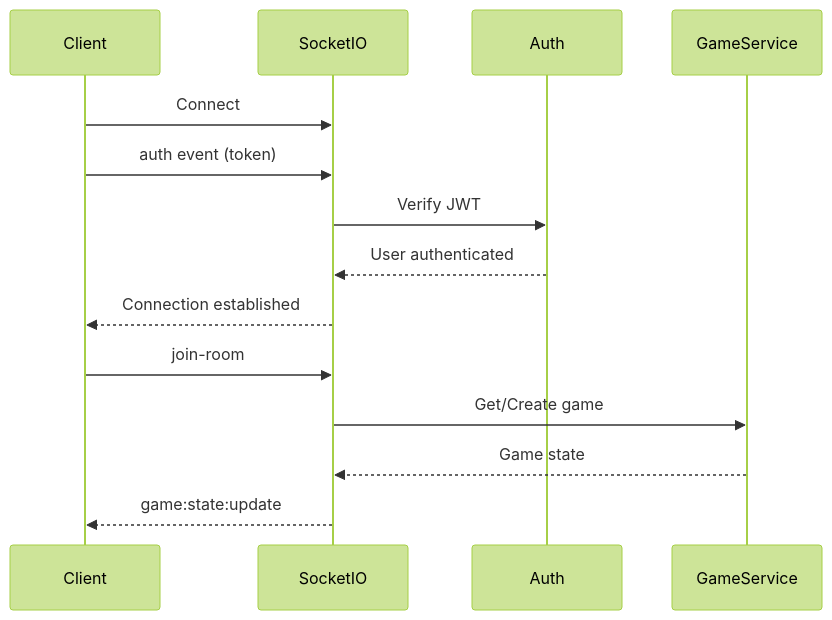
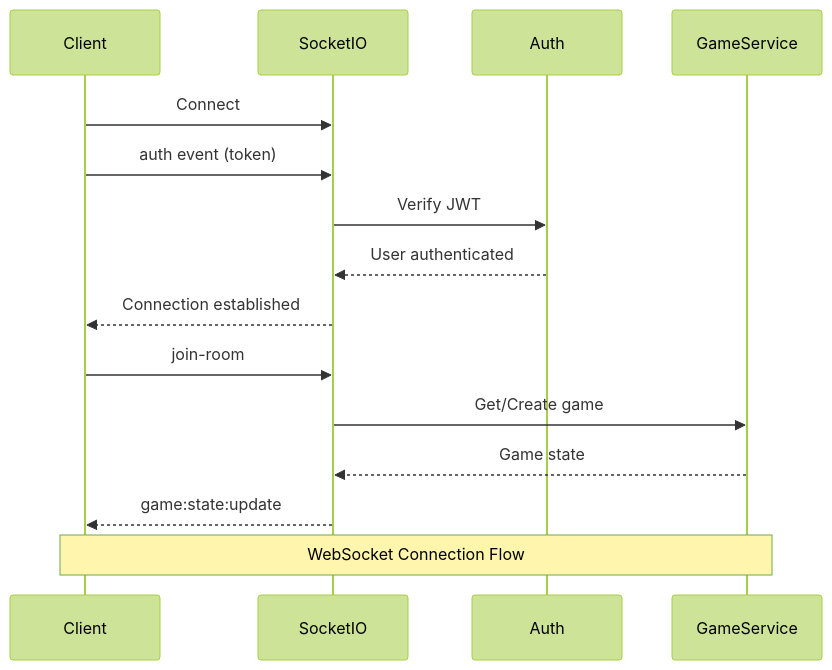
One commit to hamza-berahma/set-game changed the first of 2 diagrams in docs/api/README.md. Above: the diagram before and after it, drawn with Mermaid (forest theme). The commit also changed other lines of this file and 7 other files, not shown here.

````diff
--- a/docs/api/README.md
+++ b/docs/api/README.md
@@ -125,18 +125,20 @@
 ```mermaid
 sequenceDiagram
     participant Client
     participant SocketIO
     participant Auth
     participant GameService
     
     Client->>SocketIO: Connect
     Client->>SocketIO: auth event (token)
     SocketIO->>Auth: Verify JWT
     Auth-->>SocketIO: User authenticated
     SocketIO-->>Client: Connection established
     
     Client->>SocketIO: join-room
     SocketIO->>GameService: Get/Create game
     GameService-->>SocketIO: Game state
     SocketIO-->>Client: game:state:update
+    
+    Note over Client,GameService: WebSocket Connection Flow
 ```
````
